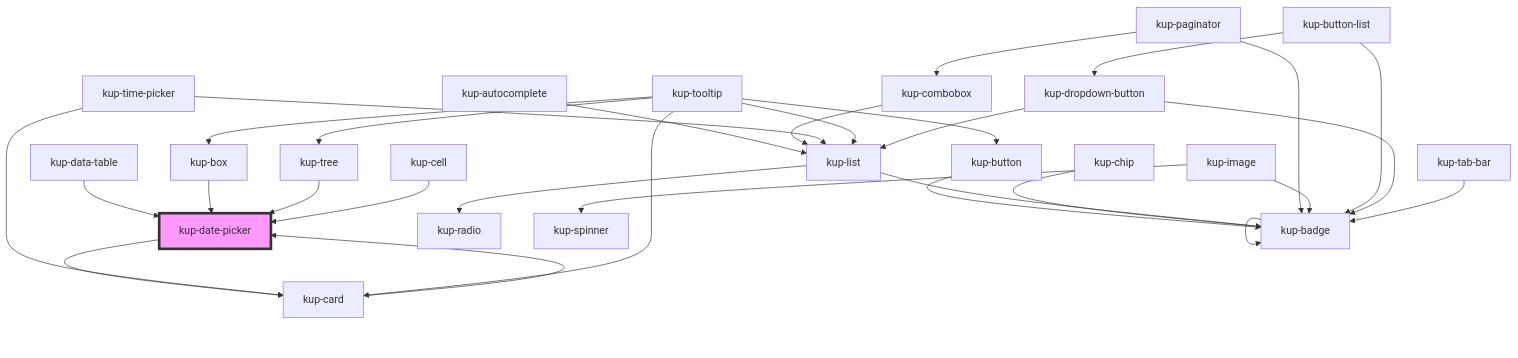
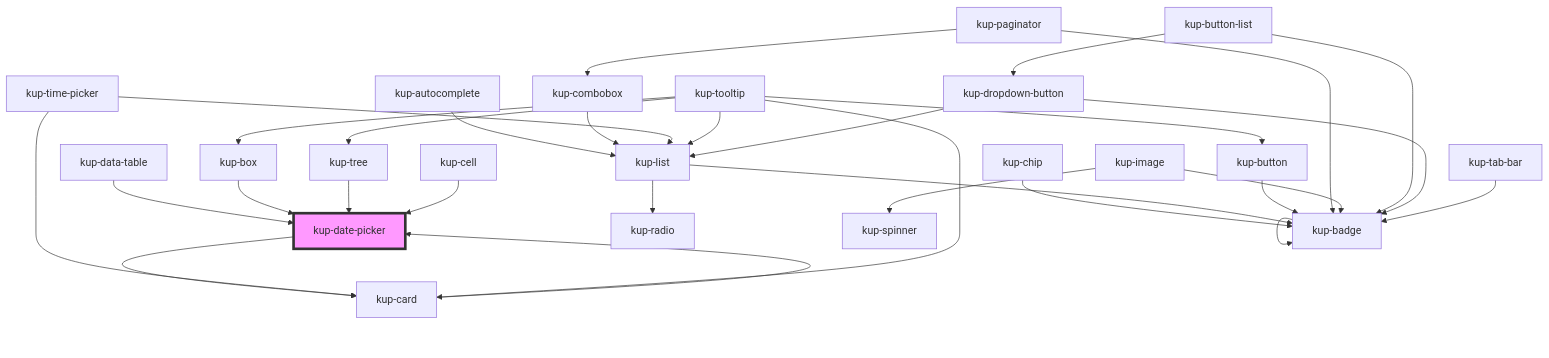
Before and after one commit to smeup/ketchup: the diagram in packages/ketchup/src/components/kup-date-picker/readme.md, drawn with Mermaid. The commit also changed other lines of this file and 8 other files, not shown here.

````diff
--- a/packages/ketchup/src/components/kup-date-picker/readme.md
+++ b/packages/ketchup/src/components/kup-date-picker/readme.md
@@ -100,33 +100,33 @@
 ```mermaid
 graph TD;
   kup-date-picker --> kup-card
   kup-card --> kup-date-picker
-  kup-button --> kup-badge
   kup-badge --> kup-badge
   kup-chip --> kup-badge
   kup-autocomplete --> kup-list
   kup-list --> kup-radio
   kup-list --> kup-badge
+  kup-button --> kup-badge
   kup-combobox --> kup-list
   kup-time-picker --> kup-card
   kup-time-picker --> kup-list
   kup-data-table --> kup-date-picker
   kup-tooltip --> kup-button
   kup-tooltip --> kup-card
   kup-tooltip --> kup-box
   kup-tooltip --> kup-list
   kup-tooltip --> kup-tree
   kup-box --> kup-date-picker
   kup-paginator --> kup-combobox
   kup-paginator --> kup-badge
   kup-image --> kup-spinner
   kup-image --> kup-badge
   kup-button-list --> kup-dropdown-button
   kup-button-list --> kup-badge
   kup-dropdown-button --> kup-list
   kup-dropdown-button --> kup-badge
   kup-tree --> kup-date-picker
   kup-tab-bar --> kup-badge
   kup-cell --> kup-date-picker
   style kup-date-picker fill:#f9f,stroke:#333,stroke-width:4px
 ```
````
